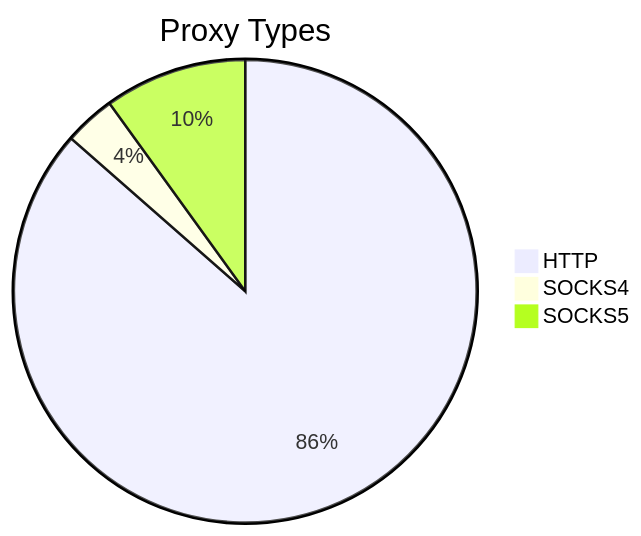
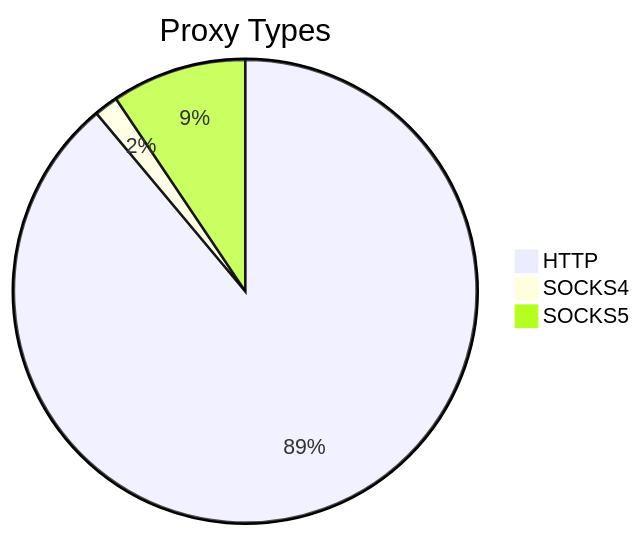
One commit to stormsia/proxy-list changed the first of 2 diagrams in README.md. Above: the diagram before and after it, drawn with Mermaid. The commit also changed other lines of this file, not shown here.

````diff
--- a/README.md
+++ b/README.md
@@ -21,6 +21,6 @@
 ```mermaid
 pie title Proxy Types
-    "HTTP" : 460
-    "SOCKS4" : 19
-    "SOCKS5" : 53
+    "HTTP" : 425
+    "SOCKS4" : 8
+    "SOCKS5" : 45
 ```
````
